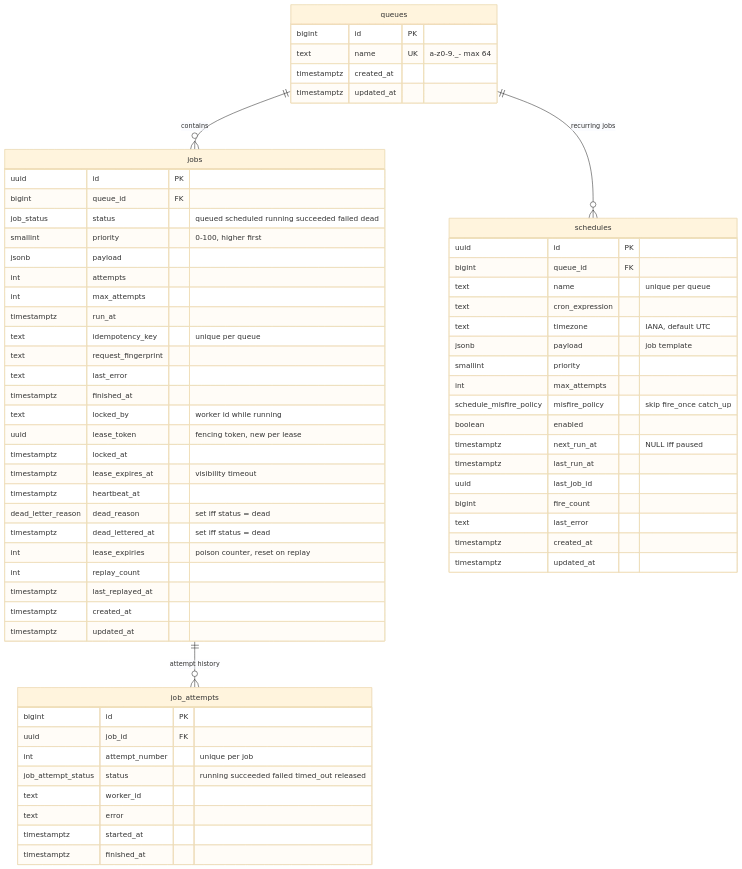
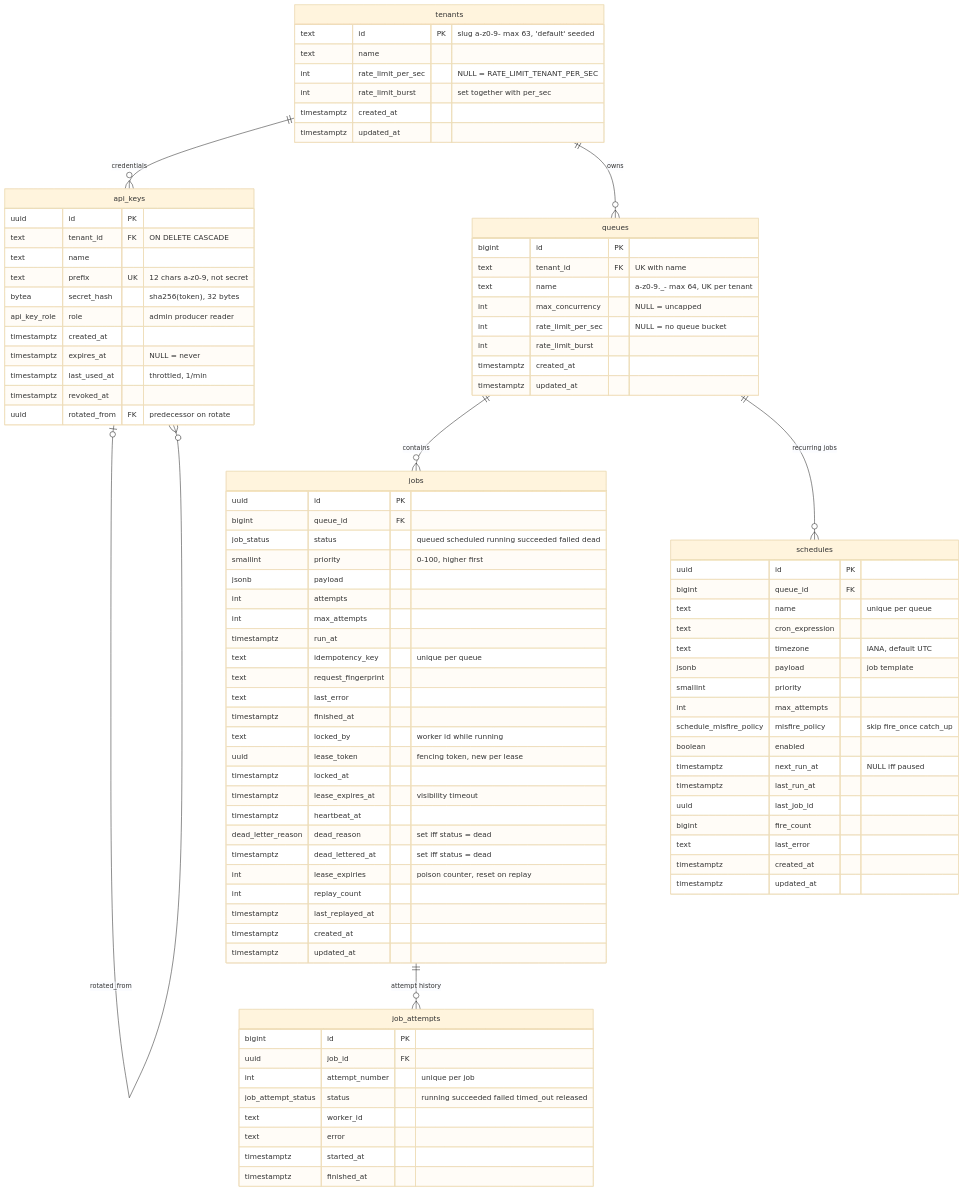
The ninth of 9 diagrams in README.md (smraddhi18/pulsequeue), drawn with Mermaid (base theme) before and after one commit. The commit also changed other lines of this file and 1 other file, not shown here.

Commit message:
M6: README (architecture, auth, rate limits, API docs) and ROADMAP (M6 done)

````diff
--- a/README.md
+++ b/README.md
@@ -419,12 +455,40 @@
 ```mermaid
 erDiagram
+    tenants ||--o{ api_keys : "credentials"
+    tenants ||--o{ queues : owns
+    api_keys |o--o{ api_keys : "rotated_from"
     queues ||--o{ jobs : contains
     queues ||--o{ schedules : "recurring jobs"
     jobs ||--o{ job_attempts : "attempt history"
 
+    tenants {
+        text id PK "slug a-z0-9- max 63, 'default' seeded"
+        text name
+        int rate_limit_per_sec "NULL = RATE_LIMIT_TENANT_PER_SEC"
+        int rate_limit_burst "set together with per_sec"
+        timestamptz created_at
+        timestamptz updated_at
+    }
+    api_keys {
+        uuid id PK
+        text tenant_id FK "ON DELETE CASCADE"
+        text name
+        text prefix UK "12 chars a-z0-9, not secret"
+        bytea secret_hash "sha256(token), 32 bytes"
+        api_key_role role "admin producer reader"
+        timestamptz created_at
+        timestamptz expires_at "NULL = never"
+        timestamptz last_used_at "throttled, 1/min"
+        timestamptz revoked_at
+        uuid rotated_from FK "predecessor on rotate"
+    }
     queues {
         bigint id PK
-        text name UK "a-z0-9._- max 64"
+        text tenant_id FK "UK with name"
+        text name "a-z0-9._- max 64, UK per tenant"
+        int max_concurrency "NULL = uncapped"
+        int rate_limit_per_sec "NULL = no queue bucket"
+        int rate_limit_burst
         timestamptz created_at
         timestamptz updated_at
     }
````
